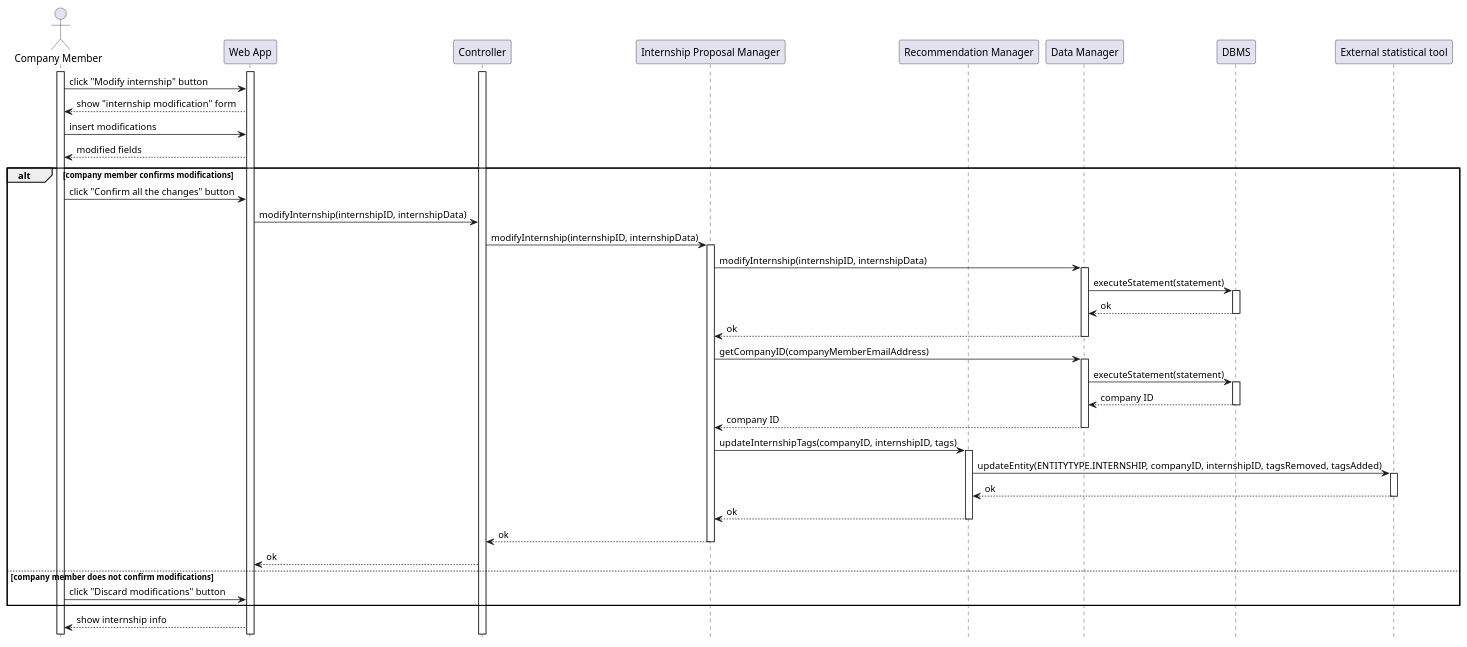
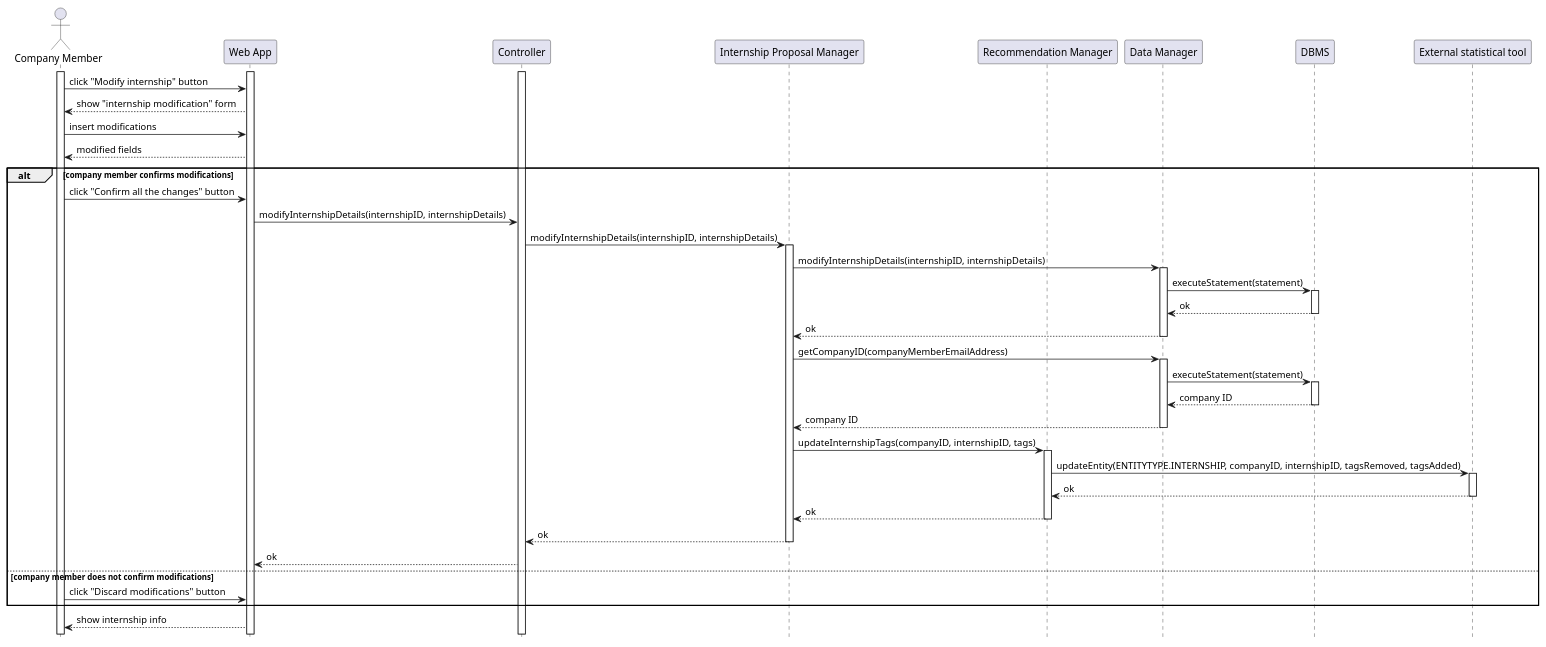
The diagram in DD/Architectural_design/uml_diagrams/RV8_diagram.puml (matti8702/R_and_DD_project_SE2), drawn with PlantUML before and after one commit. The commit also changed 10 other files, not shown here.

Commit message:
fix: fix RV8, RV12, RV13, RV15, RV21 diagrams

```diff
--- a/DD/Architectural_design/uml_diagrams/RV8_diagram.puml
+++ b/DD/Architectural_design/uml_diagrams/RV8_diagram.puml
@@ -1,59 +1,59 @@
 @startuml RV8_diagram
 hide footbox
 
 actor "Company Member" as CM
 participant "Web App" as W
 participant "Controller" as C
 participant "Internship Proposal Manager" as I
 participant "Recommendation Manager" as RE
 participant "Data Manager" as DM
 participant "DBMS" as RD
 participant "External statistical tool" AS EXT
 
 activate CM
 activate W
 activate C
 CM -> W: click "Modify internship" button
 W --> CM: show "internship modification" form
 CM -> W: insert modifications
 W --> CM: modified fields
 alt company member confirms modifications
     CM -> W: click "Confirm all the changes" button
-    W -> C: modifyInternship(internshipID, internshipData)
-    C -> I: modifyInternship(internshipID, internshipData)
+    W -> C: modifyInternshipDetails(internshipID, internshipDetails)
+    C -> I: modifyInternshipDetails(internshipID, internshipDetails)
     activate I
-    I -> DM: modifyInternship(internshipID, internshipData)
+    I -> DM: modifyInternshipDetails(internshipID, internshipDetails)
     activate DM
     DM -> RD: executeStatement(statement)
     activate RD
     RD --> DM: ok
     deactivate RD
     DM --> I: ok
     deactivate DM
 
     I -> DM: getCompanyID(companyMemberEmailAddress)
     activate DM
     DM -> RD: executeStatement(statement)
     activate RD
     RD --> DM: company ID
     deactivate RD
     DM --> I: company ID
     deactivate DM
 
     I -> RE: updateInternshipTags(companyID, internshipID, tags)
     activate RE
     RE -> EXT: updateEntity(ENTITYTYPE.INTERNSHIP, companyID, internshipID, tagsRemoved, tagsAdded)
     activate EXT
     EXT --> RE: ok
     deactivate EXT
     RE --> I: ok
     deactivate RE
     I --> C: ok
     deactivate I
     C --> W: ok
 else company member does not confirm modifications
     CM -> W: click "Discard modifications" button
 end
 
 W --> CM: show internship info
 @enduml
```
